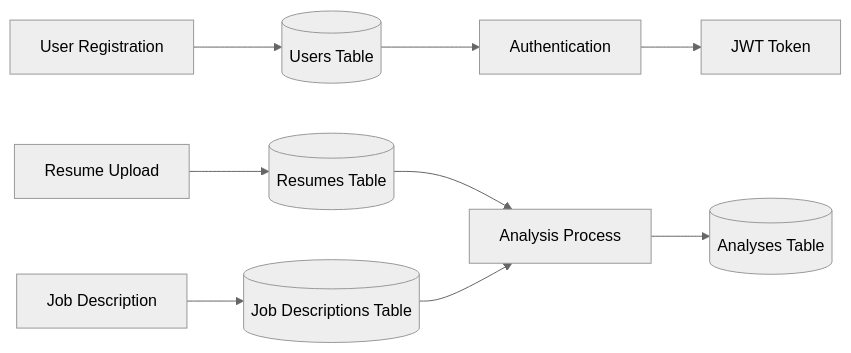
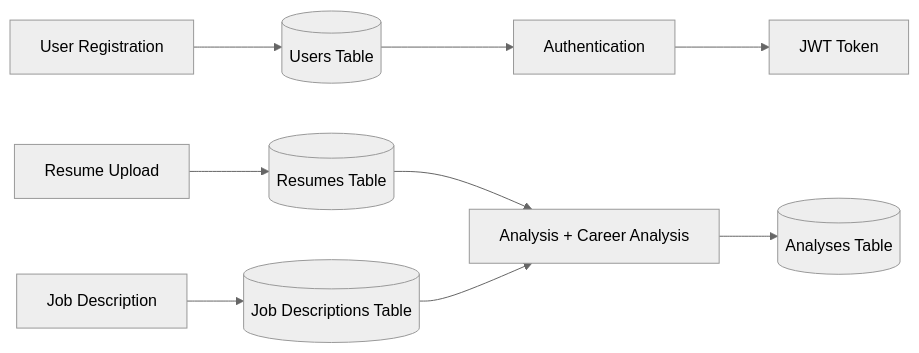
The third of 4 diagrams in Docs/DATABASE.md (LAIBAASIM555/AI-powered-Resume-Optimization-and-Job-Description-Alignment-SaaS-Application), drawn with Mermaid (neutral theme) before and after one commit. The commit also changed other lines of this file and 6 other files, not shown here.

Commit message:
Fix: Register career router in API; Rewrite all Docs with accurate project analysis

````diff
--- a/Docs/DATABASE.md
+++ b/Docs/DATABASE.md
@@ -104,13 +111,13 @@
 ```mermaid
 flowchart LR
     A[User Registration] --> B[(Users Table)]
     C[Resume Upload] --> D[(Resumes Table)]
     E[Job Description] --> F[(Job Descriptions Table)]
-    
-    D --> G[Analysis Process]
+
+    D --> G[Analysis + Career Analysis]
     F --> G
     G --> H[(Analyses Table)]
-    
+
     B --> I[Authentication]
     I --> J[JWT Token]
 ```
````
